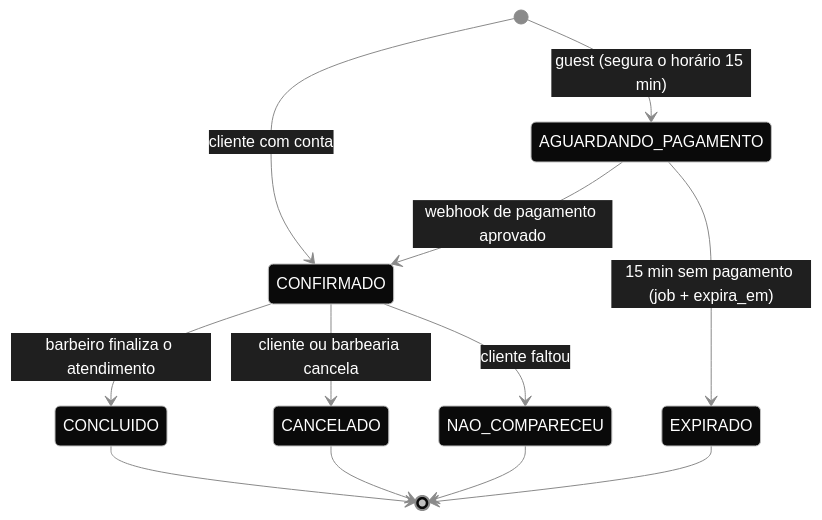
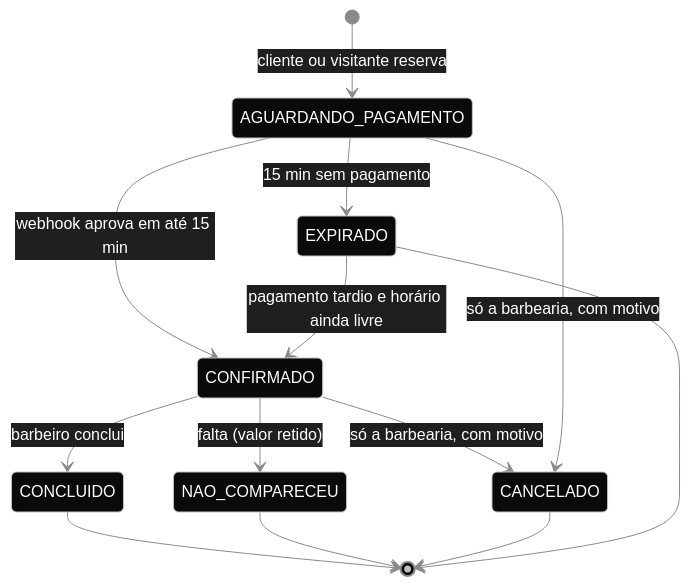
One commit to k3vinrich4rd/barbearia-altas-horas changed the second of 3 diagrams in README.md. Above: the diagram before and after it, drawn with Mermaid. The commit also changed other lines of this file and 4 other files, not shown here.

Commit message:
docs(readme): reescreve o README com a barbearia real, checkout 100% e guia de testes enxuto

````diff
--- a/README.md
+++ b/README.md
@@ -141,15 +158,16 @@
 ```mermaid
 %%{init: {'theme':'base','themeVariables':{'primaryColor':'#0A0A0A','primaryTextColor':'#FFFFFF','primaryBorderColor':'#C0C0C0','lineColor':'#8A8A8A','secondaryColor':'#1F1F1F','tertiaryColor':'#2B2B2B','fontFamily':'Helvetica, Arial, sans-serif'}}}%%
 stateDiagram-v2
-    [*] --> CONFIRMADO: cliente com conta
-    [*] --> AGUARDANDO_PAGAMENTO: guest (segura o horário 15 min)
-    AGUARDANDO_PAGAMENTO --> CONFIRMADO: webhook de pagamento aprovado
-    AGUARDANDO_PAGAMENTO --> EXPIRADO: 15 min sem pagamento (job + expira_em)
-    CONFIRMADO --> CONCLUIDO: barbeiro finaliza o atendimento
-    CONFIRMADO --> CANCELADO: cliente ou barbearia cancela
-    CONFIRMADO --> NAO_COMPARECEU: cliente faltou
+    [*] --> AGUARDANDO_PAGAMENTO: cliente ou visitante reserva
+    AGUARDANDO_PAGAMENTO --> CONFIRMADO: webhook aprova em até 15 min
+    AGUARDANDO_PAGAMENTO --> EXPIRADO: 15 min sem pagamento
+    EXPIRADO --> CONFIRMADO: pagamento tardio e horário ainda livre
+    CONFIRMADO --> CONCLUIDO: barbeiro conclui
+    CONFIRMADO --> NAO_COMPARECEU: falta (valor retido)
+    CONFIRMADO --> CANCELADO: só a barbearia, com motivo
+    AGUARDANDO_PAGAMENTO --> CANCELADO: só a barbearia, com motivo
+    CONCLUIDO --> [*]
+    NAO_COMPARECEU --> [*]
+    CANCELADO --> [*]
     EXPIRADO --> [*]
-    CONCLUIDO --> [*]
-    CANCELADO --> [*]
-    NAO_COMPARECEU --> [*]
 ```
````
